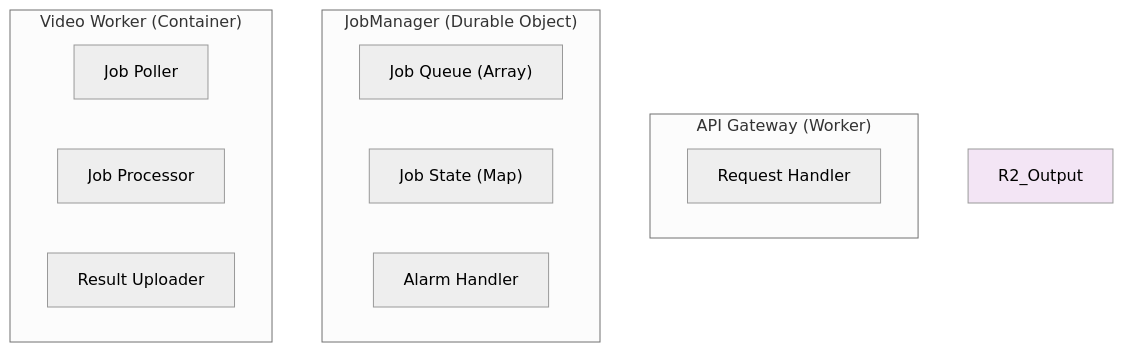
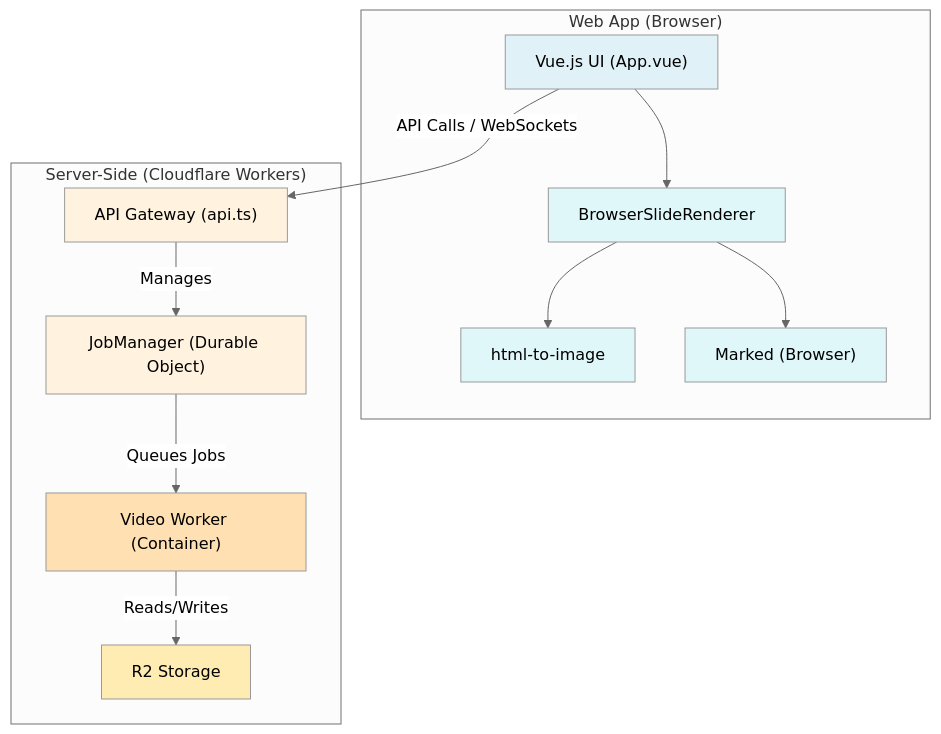
One commit to oharato/presentation_maker changed the third of 5 diagrams in docs/COMPONENT_DIAGRAM.md. Above: the diagram before and after it, drawn with Mermaid (neutral theme). The commit also changed other lines of this file and 8 other files, not shown here.

````diff
--- a/docs/COMPONENT_DIAGRAM.md
+++ b/docs/COMPONENT_DIAGRAM.md
@@ -123,19 +119,34 @@
 ```mermaid
 graph TD
-    subgraph "API Gateway (Worker)"
-        API_Handler["Request Handler"]
+    subgraph "Web App (Browser)"
+        Web_UI["Vue.js UI (App.vue)"]
+        Browser_SlideRenderer["BrowserSlideRenderer"]
+        HTML_To_Image["html-to-image"]
+        Marked_Browser["Marked (Browser)"]
     end
 
-    subgraph "JobManager (Durable Object)"
-        DO_Queue["Job Queue (Array)"]
-        DO_State["Job State (Map)"]
-        DO_Alarm["Alarm Handler"]
+    Web_UI --> Browser_SlideRenderer
+    Browser_SlideRenderer --> Marked_Browser
+    Browser_SlideRenderer --> HTML_To_Image
+
+    subgraph "Server-Side (Cloudflare Workers)"
+        API_Gateway["API Gateway (api.ts)"]
+        JobManager["JobManager (Durable Object)"]
+        VideoWorker["Video Worker (Container)"]
+        R2_Storage["R2 Storage"]
     end
 
-    subgraph "Video Worker (Container)"
-        VW_Poller["Job Poller"]
-        VW_Processor["Job Processor"]
-        VW_Uploader["Result Uploader"]
-    end
-    style R2_Output fill:#f3e5f5
+    Web_UI -- API Calls / WebSockets --> API_Gateway
+    API_Gateway -- Manages --> JobManager
+    JobManager -- Queues Jobs --> VideoWorker
+    VideoWorker -- Reads/Writes --> R2_Storage
+
+    style Web_UI fill:#e0f2f7
+    style Browser_SlideRenderer fill:#e0f7fa
+    style HTML_To_Image fill:#e0f7fa
+    style Marked_Browser fill:#e0f7fa
+    style API_Gateway fill:#fff3e0
+    style JobManager fill:#fff3e0
+    style VideoWorker fill:#ffe0b2
+    style R2_Storage fill:#ffecb3
 ```
````
